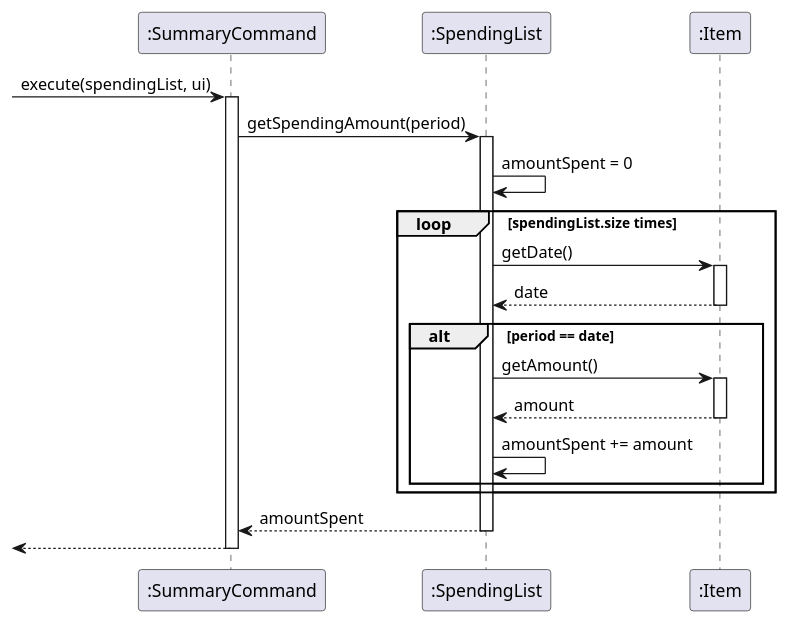
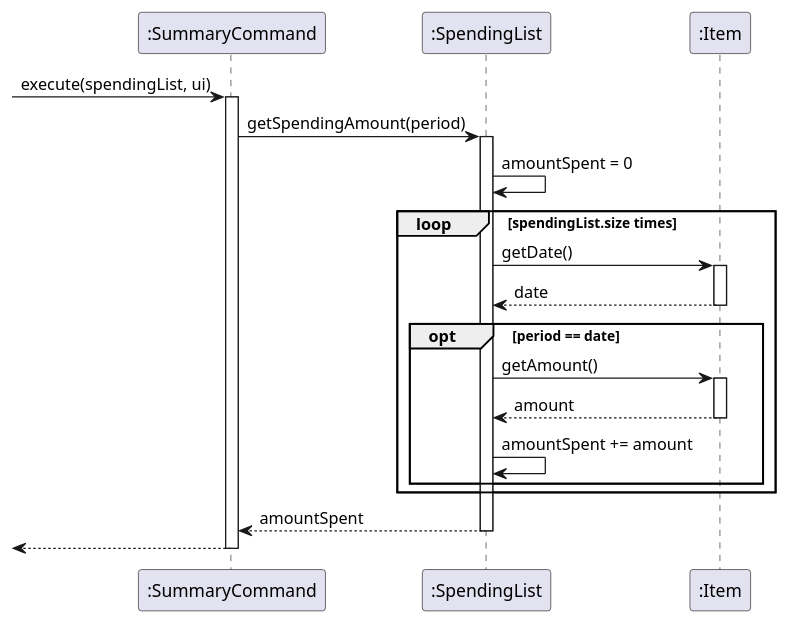
The diagram in src/uml/summary.puml (xieyaoyue/tp), drawn with PlantUML before and after one commit. The commit also changed 6 other files, not shown here.

Commit message:
add diagrams into DG

```diff
--- a/src/uml/summary.puml
+++ b/src/uml/summary.puml
@@ -1,35 +1,35 @@
 @startuml
 -> ":SummaryCommand": execute(spendingList, ui)
 activate ":SummaryCommand"
 
 ":SummaryCommand" -> ":SpendingList": getSpendingAmount(period)
 activate ":SpendingList"
 
 ":SpendingList" -> ":SpendingList": amountSpent = 0
 
 loop spendingList.size times
 
 
 ":SpendingList" -> ":Item": getDate()
 activate ":Item"
 ":Item" --> ":SpendingList": date
 deactivate ":Item"
 
-alt period == date
+opt period == date
 ":SpendingList" -> ":Item": getAmount()
 activate ":Item"
 ":Item" --> ":SpendingList": amount
 deactivate ":Item"
 
 ":SpendingList" -> ":SpendingList": amountSpent += amount
 
 end
 
 end
 
 ":SpendingList" --> ":SummaryCommand": amountSpent
 deactivate ":SpendingList"
 
 <-- ":SummaryCommand"
 deactivate ":SummaryCommand"
 @enduml
```
